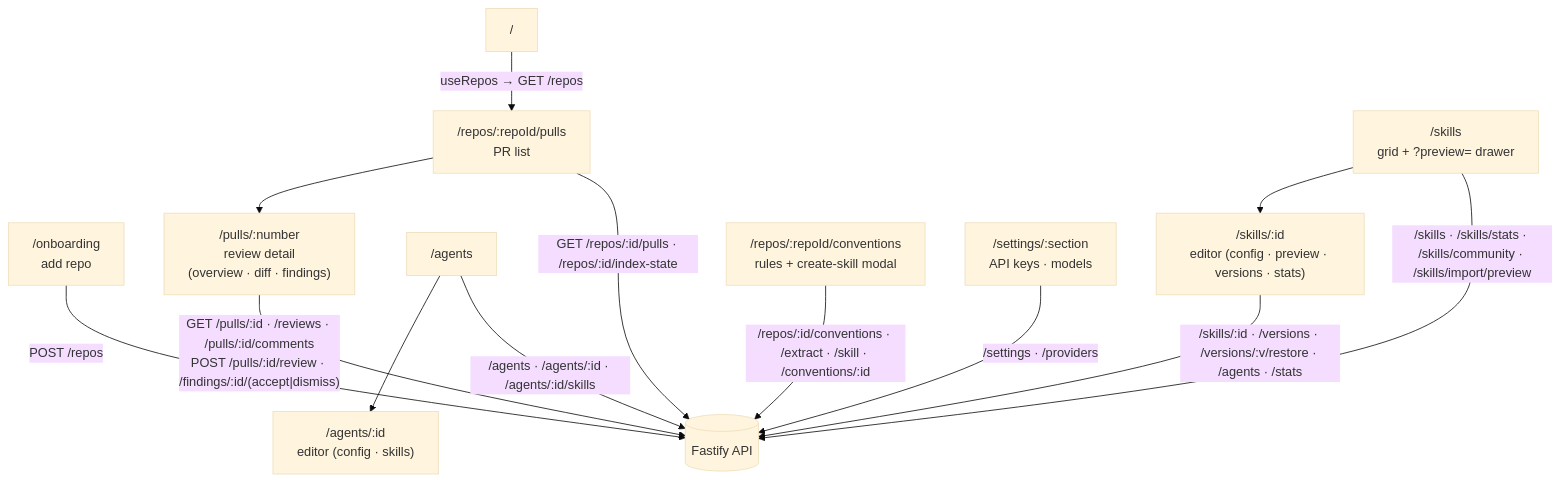
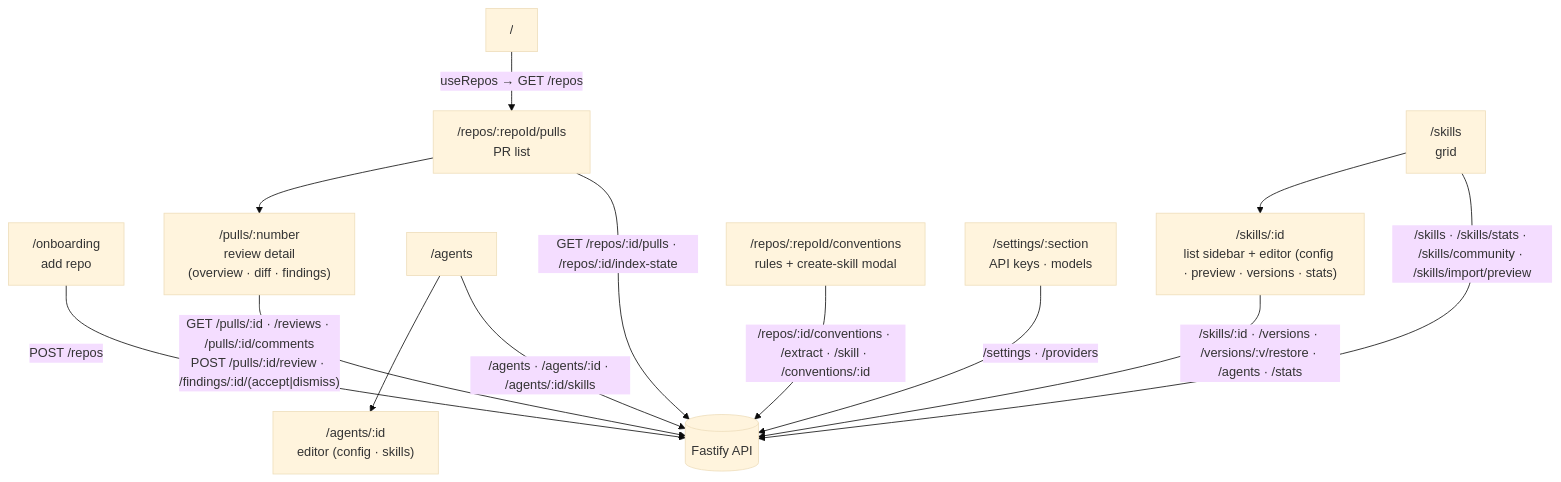
The diagram in client/README.md (ai-agentic-engineering-neo/dev-digest), drawn with Mermaid (base theme) before and after one commit. The commit also changed 38 other files, not shown here.

````diff
--- a/client/README.md
+++ b/client/README.md
@@ -25,19 +25,19 @@
 ```mermaid
 flowchart TD
   ROOT["/"] -->|"useRepos → GET /repos"| PULLS["/repos/:repoId/pulls<br/>PR list"]
   ONB["/onboarding<br/>add repo"] -->|"POST /repos"| API[("Fastify API")]
   PULLS --> PR["/pulls/:number<br/>review detail<br/>(overview · diff · findings)"]
 
   AGENTS["/agents"] --> AGENT["/agents/:id<br/>editor (config · skills)"]
-  SKILLS["/skills<br/>grid + ?preview= drawer"] --> SKILL["/skills/:id<br/>editor (config · preview · versions · stats)"]
+  SKILLS["/skills<br/>grid"] --> SKILL["/skills/:id<br/>list sidebar + editor (config · preview · versions · stats)"]
   CONV["/repos/:repoId/conventions<br/>rules + create-skill modal"]
   SETTINGS["/settings/:section<br/>API keys · models"]
 
   PULLS -->|"GET /repos/:id/pulls · /repos/:id/index-state"| API
   PR -->|"GET /pulls/:id · /reviews · /pulls/:id/comments<br/>POST /pulls/:id/review · /findings/:id/(accept|dismiss)"| API
   AGENTS -->|"/agents · /agents/:id · /agents/:id/skills"| API
   SKILLS -->|"/skills · /skills/stats · /skills/community · /skills/import/preview"| API
   SKILL -->|"/skills/:id · /versions · /versions/:v/restore · /agents · /stats"| API
   CONV -->|"/repos/:id/conventions · /extract · /skill · /conventions/:id"| API
   SETTINGS -->|"/settings · /providers"| API
 ```
````
